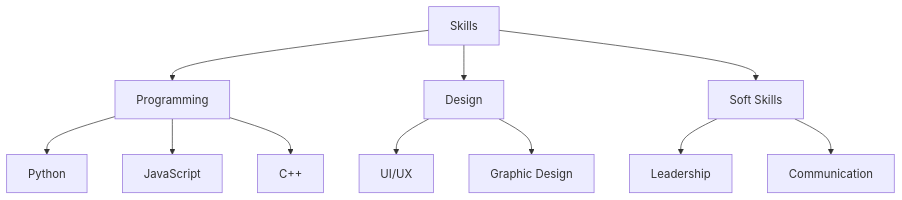
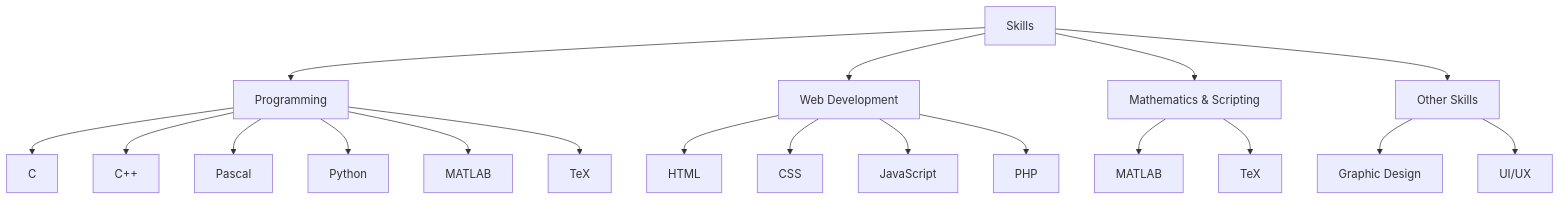
One commit to Esmaeilzadeh1/Esmaeilzadeh1 changed the first of 2 diagrams in README.md. Above: the diagram before and after it, drawn with Mermaid. The commit also changed other lines of this file, not shown here.

````diff
--- a/README.md
+++ b/README.md
@@ -161,13 +145,25 @@
 ```mermaid
 graph TD;
     A[Skills] --> B[Programming];
-    A --> C[Design];
-    A --> D[Soft Skills];
-    B --> B1[Python];
-    B --> B2[JavaScript];
-    B --> B3[C++];
-    C --> C1[UI/UX];
-    C --> C2[Graphic Design];
-    D --> D1[Leadership];
-    D --> D2[Communication];
+    A --> C[Web Development];
+    A --> D[Mathematics & Scripting];
+    A --> E[Other Skills];
+    
+    B --> B1[C];
+    B --> B2[C++];
+    B --> B3[Pascal];
+    B --> B4[Python];
+    B --> B5[MATLAB];
+    B --> B6[TeX];
+    
+    C --> C1[HTML];
+    C --> C2[CSS];
+    C --> C3[JavaScript];
+    C --> C4[PHP];
+    
+    D --> D1[MATLAB];
+    D --> D2[TeX];
+    
+    E --> E1[Graphic Design];
+    E --> E2[UI/UX];
 ```
````
